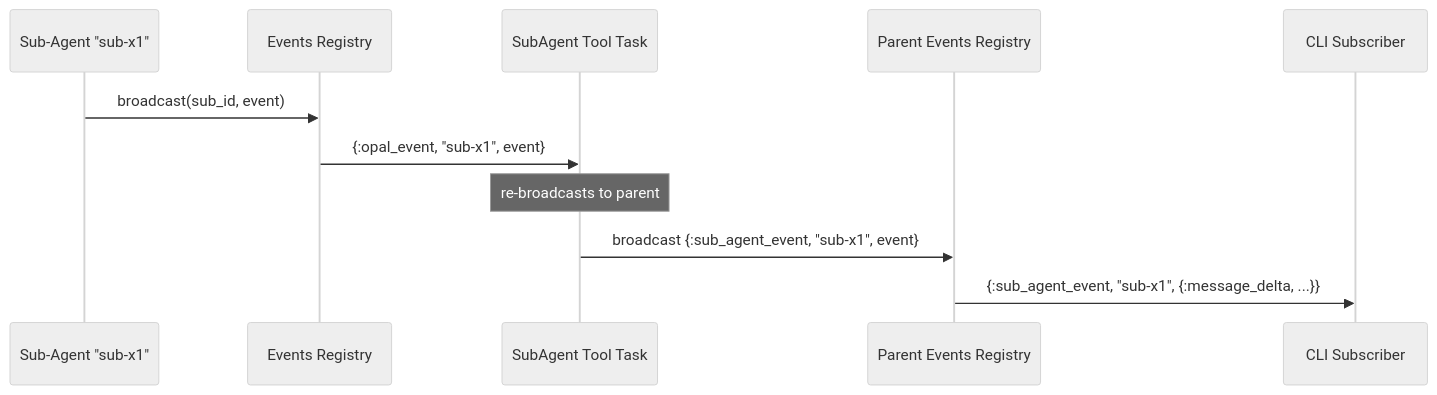
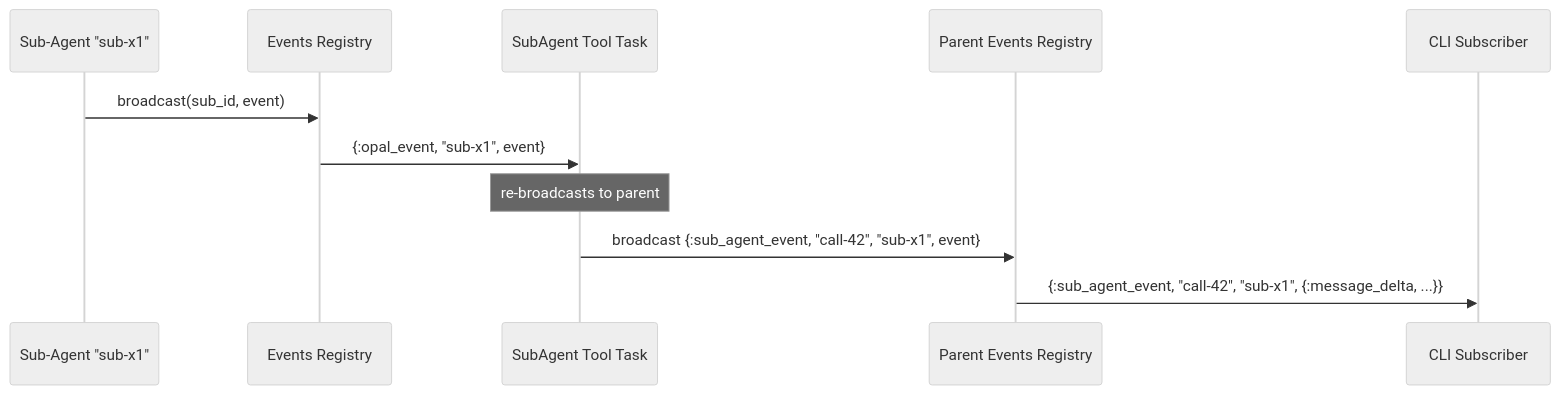
Before and after one commit to matteing/opal: the seventh of 10 diagrams in docs/supervision.md, drawn with Mermaid (neutral theme). The commit also changed other lines of this file and 37 other files, not shown here.

````diff
--- a/docs/supervision.md
+++ b/docs/supervision.md
@@ -243,14 +246,14 @@
 ```mermaid
 sequenceDiagram
     participant SubAgent as Sub-Agent "sub-x1"
     participant Registry as Events Registry
     participant ToolTask as SubAgent Tool Task
     participant ParentReg as Parent Events Registry
     participant CLI as CLI Subscriber
 
     SubAgent->>Registry: broadcast(sub_id, event)
     Registry->>ToolTask: {:opal_event, "sub-x1", event}
     Note over ToolTask: re-broadcasts to parent
-    ToolTask->>ParentReg: broadcast {:sub_agent_event, "sub-x1", event}
-    ParentReg->>CLI: {:sub_agent_event, "sub-x1", {:message_delta, ...}}
+    ToolTask->>ParentReg: broadcast {:sub_agent_event, "call-42", "sub-x1", event}
+    ParentReg->>CLI: {:sub_agent_event, "call-42", "sub-x1", {:message_delta, ...}}
 ```
````
